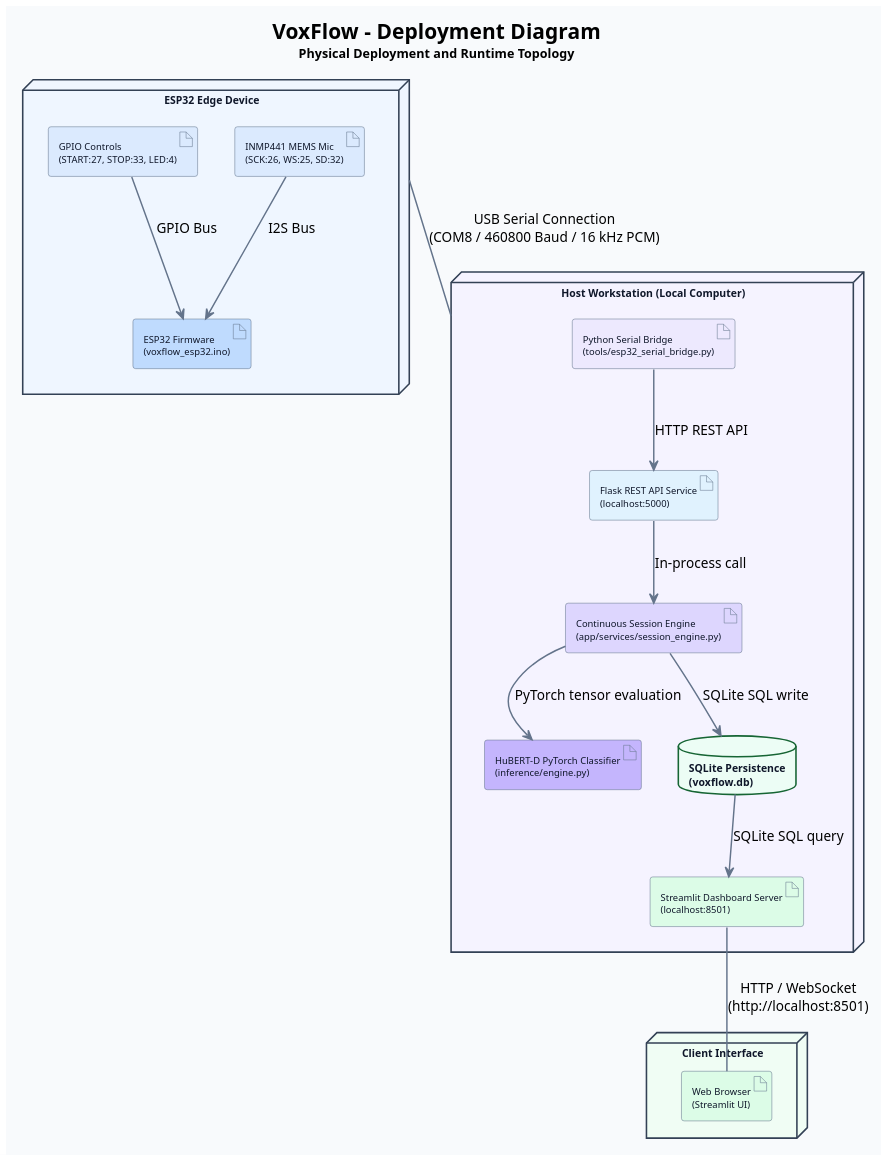
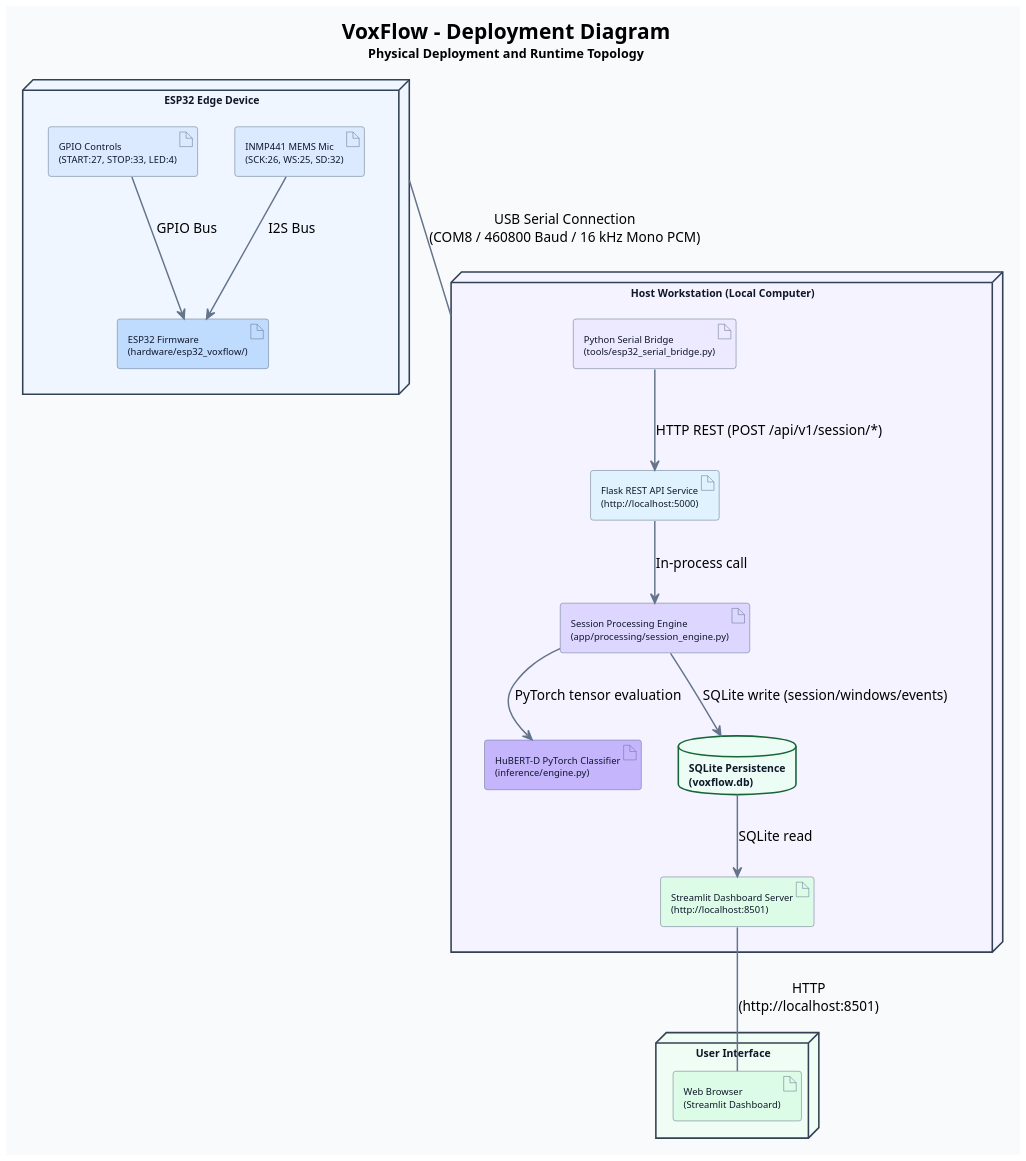
Before and after one commit to PetaSivaNandhanReddy/voxflow: the diagram in VoxFlow_uml/VoxFlow_uml/uml/09_deployment.puml, drawn with PlantUML. The commit also changed 11 other files, not shown here.

Commit message:
docs: refine uml class, state machine, and architecture representations

```diff
--- a/VoxFlow_uml/VoxFlow_uml/uml/09_deployment.puml
+++ b/VoxFlow_uml/VoxFlow_uml/uml/09_deployment.puml
@@ -1,84 +1,84 @@
 @startuml
 title <size:20><b>VoxFlow - Deployment Diagram</b></size>\n<size:12>Physical Deployment and Runtime Topology</size>
 
 skinparam backgroundColor #F8FAFC
 skinparam shadowing false
 skinparam dpi 170
 
 skinparam node {
     BackgroundColor #FFFFFF
     BorderColor #334155
     BorderThickness 1.5
     FontColor #0F172A
     FontSize 10
     FontStyle bold
 }
 
 skinparam artifact {
     BackgroundColor #FFFFFF
     BorderColor #64748B
     FontColor #0F172A
     FontSize 9
 }
 
 skinparam database {
     BackgroundColor #ECFDF5
     BorderColor #166534
     BorderThickness 1.5
     FontColor #0F172A
     FontSize 10
     FontStyle bold
 }
 
 skinparam ArrowColor #64748B
 skinparam ArrowThickness 1.4
 
 ' =========================================================
 ' HARDWARE NODE
 ' =========================================================
 
 node "ESP32 Edge Device" as Device #EFF6FF {
     artifact "INMP441 MEMS Mic\n(SCK:26, WS:25, SD:32)" as Mic #DBEAFE
     artifact "GPIO Controls\n(START:27, STOP:33, LED:4)" as Pins #DBEAFE
-    artifact "ESP32 Firmware\n(voxflow_esp32.ino)" as Firmware #BFDBFE
+    artifact "ESP32 Firmware\n(hardware/esp32_voxflow/)" as Firmware #BFDBFE
 
     Mic --> Firmware : I2S Bus
     Pins --> Firmware : GPIO Bus
 }
 
 ' =========================================================
 ' HOST MACHINE NODE
 ' =========================================================
 
 node "Host Workstation (Local Computer)" as Host #F5F3FF {
 
     artifact "Python Serial Bridge\n(tools/esp32_serial_bridge.py)" as Bridge #EDE9FE
-    artifact "Flask REST API Service\n(localhost:5000)" as Flask #E0F2FE
-    artifact "Continuous Session Engine\n(app/services/session_engine.py)" as Engine #DDD6FE
+    artifact "Flask REST API Service\n(http://localhost:5000)" as Flask #E0F2FE
+    artifact "Session Processing Engine\n(app/processing/session_engine.py)" as Engine #DDD6FE
     artifact "HuBERT-D PyTorch Classifier\n(inference/engine.py)" as HuBERT #C4B5FD
     database "SQLite Persistence\n(voxflow.db)" as DB #ECFDF5
-    artifact "Streamlit Dashboard Server\n(localhost:8501)" as Streamlit #DCFCE7
+    artifact "Streamlit Dashboard Server\n(http://localhost:8501)" as Streamlit #DCFCE7
 
-    Bridge --> Flask : HTTP REST API
+    Bridge --> Flask : HTTP REST (POST /api/v1/session/*)
     Flask --> Engine : In-process call
     Engine --> HuBERT : PyTorch tensor evaluation
-    Engine --> DB : SQLite SQL write
-    DB --> Streamlit : SQLite SQL query
+    Engine --> DB : SQLite write (session/windows/events)
+    DB --> Streamlit : SQLite read
 }
 
 ' =========================================================
 ' CLIENT BROWSER NODE
 ' =========================================================
 
-node "Client Interface" as Client #F0FDF4 {
-    artifact "Web Browser\n(Streamlit UI)" as Browser #DCFCE7
+node "User Interface" as Client #F0FDF4 {
+    artifact "Web Browser\n(Streamlit Dashboard)" as Browser #DCFCE7
 }
 
 ' =========================================================
-' PHYSICAL CONNECTIONS
+' PHYSICAL & NETWORK CONNECTIONS
 ' =========================================================
 
-Device -- Host : USB Serial Connection\n(COM8 / 460800 Baud / 16 kHz PCM)
-Streamlit -- Browser : HTTP / WebSocket\n(http://localhost:8501)
+Device -- Host : USB Serial Connection\n(COM8 / 460800 Baud / 16 kHz Mono PCM)
+Streamlit -- Browser : HTTP\n(http://localhost:8501)
 
 @enduml
```
